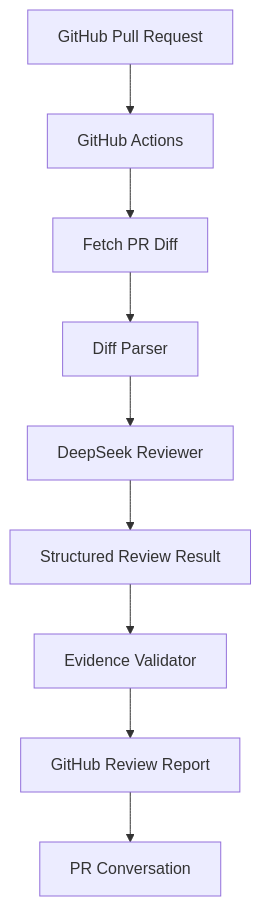
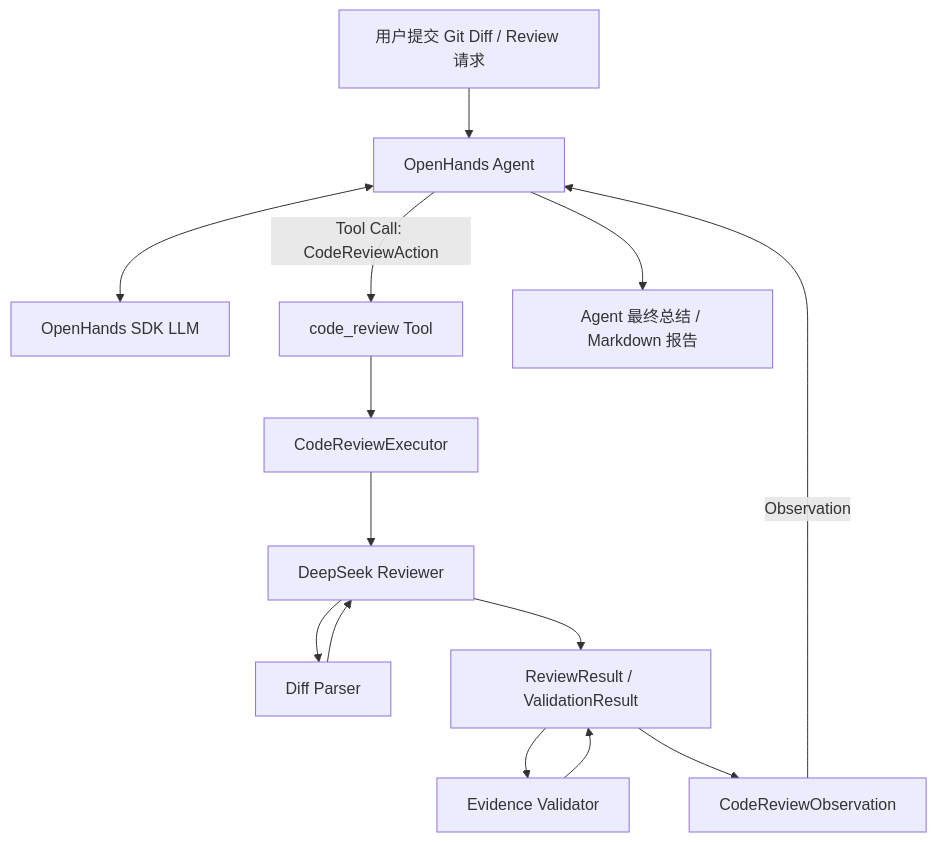
The first of 2 diagrams in README.md (WeCream/openhands-ai-code-review-agent), drawn with Mermaid before and after one commit. The commit also changed other lines of this file, not shown here.

````diff
--- a/README.md
+++ b/README.md
@@ -24,11 +32,28 @@
 ```mermaid
 flowchart TD
-    A[GitHub Pull Request] --> B[GitHub Actions]
-    B --> C[Fetch PR Diff]
-    C --> D[Diff Parser]
-    D --> E[DeepSeek Reviewer]
-    E --> F[Structured Review Result]
-    F --> G[Evidence Validator]
-    G --> H[GitHub Review Report]
-    H --> I[PR Conversation]
+    U[用户提交 Git Diff / Review 请求]
+    A[OpenHands Agent]
+    L[OpenHands SDK LLM]
+    T[code_review Tool]
+    X[CodeReviewExecutor]
+    R[DeepSeek Reviewer]
+    P[Diff Parser]
+    V[Evidence Validator]
+    S[ReviewResult / ValidationResult]
+    O[CodeReviewObservation]
+    F[Agent 最终总结 / Markdown 报告]
+
+    U --> A
+    A <--> L
+    A -->|Tool Call: CodeReviewAction| T
+    T --> X
+    X --> R
+    R --> P
+    P --> R
+    R --> S
+    S --> V
+    V --> S
+    S --> O
+    O -->|Observation| A
+    A --> F
 ```
````
